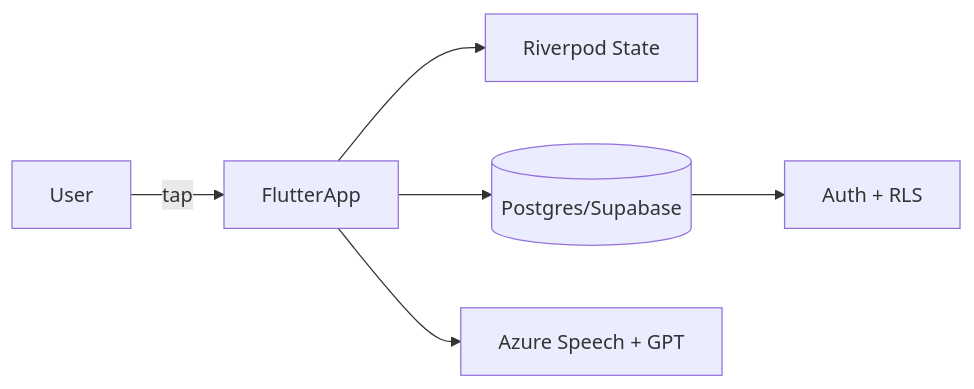
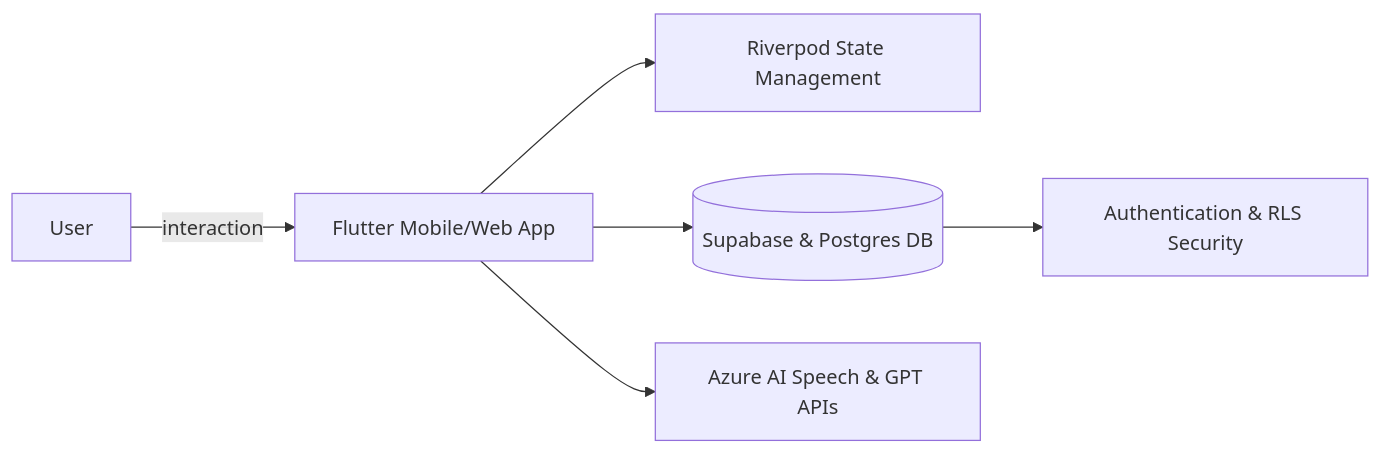
Before and after one commit to jeancecilia/jeancecilia: the diagram in README.md, drawn with Mermaid. The commit also changed other lines of this file and 2 other files, not shown here.

````diff
--- a/README.md
+++ b/README.md
@@ -77,8 +81,8 @@
 ```mermaid
 flowchart LR
-  User -->|tap| FlutterApp
-  FlutterApp --> Riverpod[Riverpod State]
-  FlutterApp --> Supabase[(Postgres/Supabase)]
-  Supabase --> Auth[Auth + RLS]
-  FlutterApp --> AzureAI[Azure Speech + GPT]
+  User -->|interaction| FlutterApp[Flutter Mobile/Web App]
+  FlutterApp --> Riverpod[Riverpod State Management]
+  FlutterApp --> Supabase[(Supabase & Postgres DB)]
+  Supabase --> Auth[Authentication & RLS Security]
+  FlutterApp --> AI[Azure AI Speech & GPT APIs]
 ```
````
